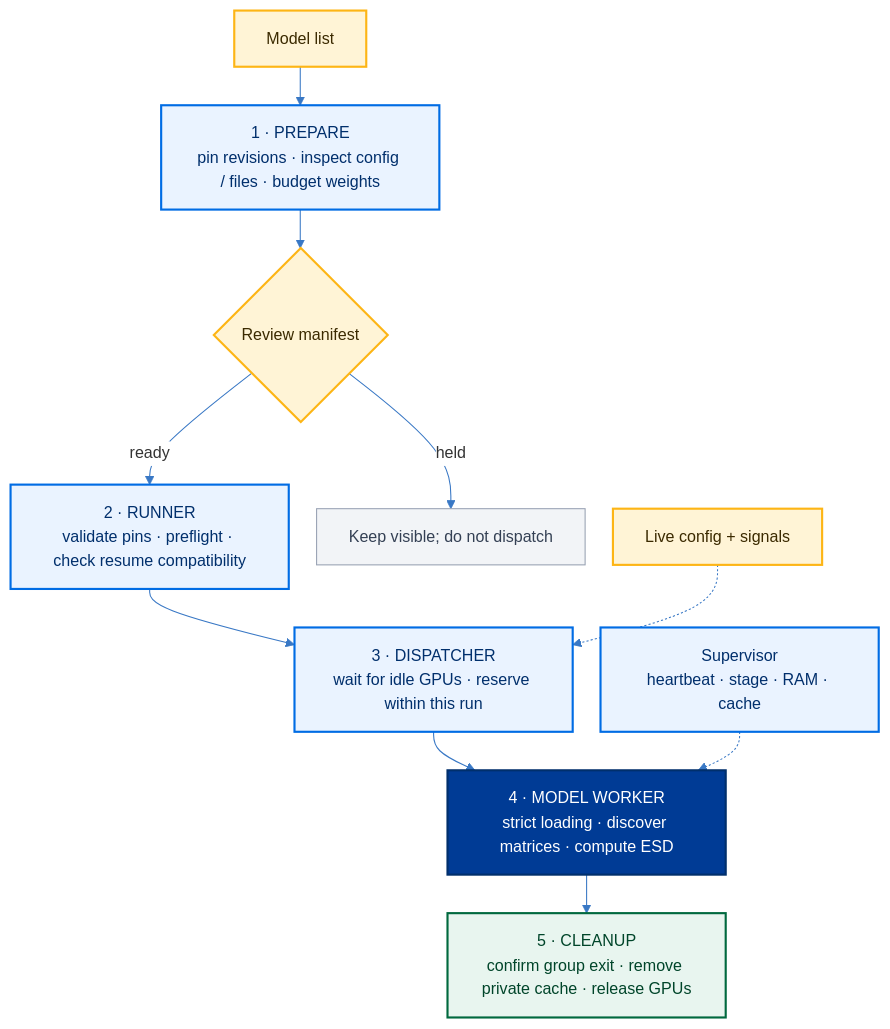
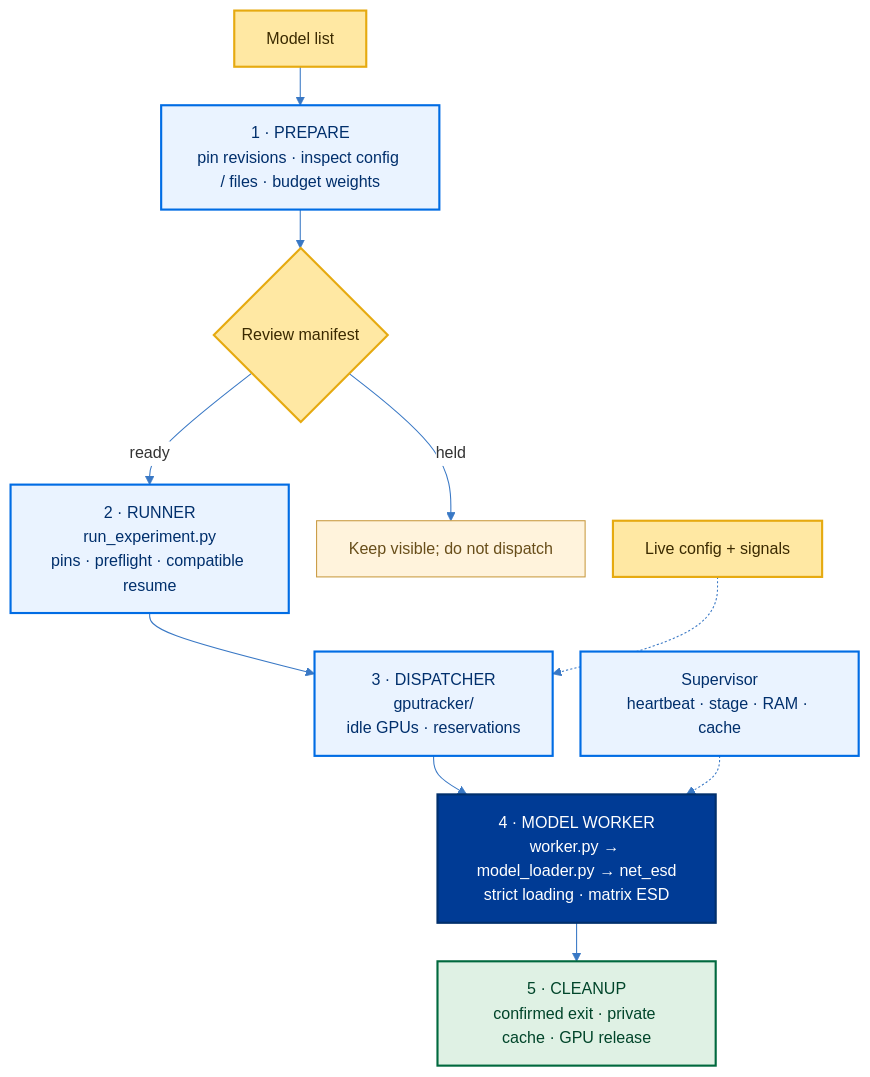
The first of 2 diagrams in README.md (RpM-Kinshuk/Model-Zoo), drawn with Mermaid before and after one commit. The commit also changed other lines of this file and 7 other files, not shown here.

````diff
--- a/README.md
+++ b/README.md
@@ -29,23 +124,23 @@
 ```mermaid
 %%{init: {"theme":"base","flowchart":{"curve":"basis","nodeSpacing":26,"rankSpacing":36},"themeVariables":{"fontFamily":"ui-sans-serif, system-ui","fontSize":"15px","lineColor":"#3978C5","edgeLabelBackground":"#FFFFFF"}}}%%
 flowchart TB
     INPUT["Model list"] --> PREP["1 · PREPARE<br/>pin revisions · inspect config / files · budget weights"]
     PREP --> REVIEW{"Review manifest"}
-    REVIEW -->|ready| RUN["2 · RUNNER<br/>validate pins · preflight · check resume compatibility"]
+    REVIEW -->|ready| RUN["2 · RUNNER<br/>run_experiment.py<br/>pins · preflight · compatible resume"]
     REVIEW -->|held| HOLD["Keep visible; do not dispatch"]
-    RUN --> GPU["3 · DISPATCHER<br/>wait for idle GPUs · reserve within this run"]
-    GPU --> WORKER["4 · MODEL WORKER<br/>strict loading · discover matrices · compute ESD"]
-    WORKER --> STOP["5 · CLEANUP<br/>confirm group exit · remove private cache · release GPUs"]
+    RUN --> GPU["3 · DISPATCHER<br/>gputracker/<br/>idle GPUs · reservations"]
+    GPU --> WORKER["4 · MODEL WORKER<br/>worker.py → model_loader.py → net_esd<br/>strict loading · matrix ESD"]
+    WORKER --> STOP["5 · CLEANUP<br/>confirmed exit · private cache · GPU release"]
     LIVE["Live config + signals"] -.-> GPU
     WATCH["Supervisor<br/>heartbeat · stage · RAM · cache"] -.-> WORKER
-    classDef input fill:#FFF4D6,stroke:#FDB515,color:#3B2A00,stroke-width:2px;
+    classDef input fill:#FFE8A3,stroke:#E6AA10,color:#3B2A00,stroke-width:2px;
     classDef control fill:#EAF3FF,stroke:#006CE4,color:#002F6C,stroke-width:2px;
     classDef execute fill:#003B95,stroke:#002F6C,color:#FFFFFF,stroke-width:2px;
-    classDef done fill:#E8F5EF,stroke:#00693E,color:#00452A,stroke-width:2px;
-    classDef held fill:#F2F4F7,stroke:#98A2B3,color:#344054;
+    classDef done fill:#DFF1E4,stroke:#00693E,color:#00452A,stroke-width:2px;
+    classDef held fill:#FFF3DC,stroke:#C99B42,color:#684E1A;
     class INPUT,REVIEW,LIVE input;
     class PREP,RUN,GPU,WATCH control;
     class WORKER execute;
     class STOP done;
     class HOLD held;
 ```
````
